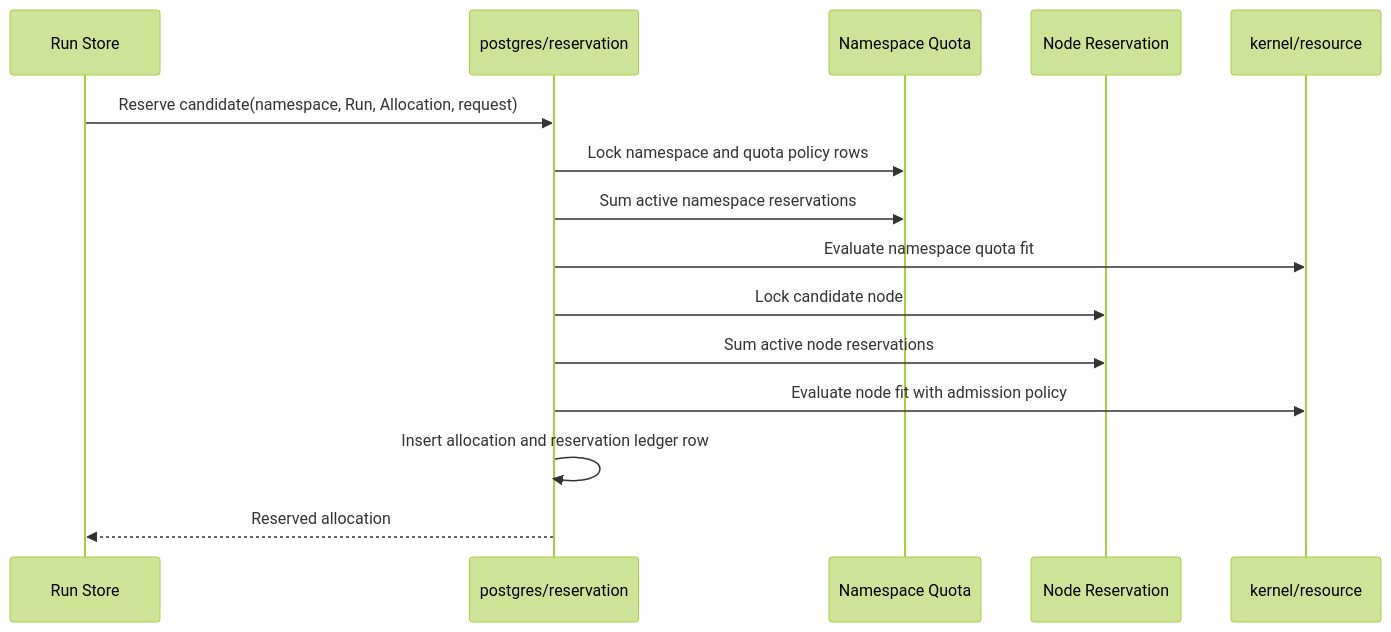
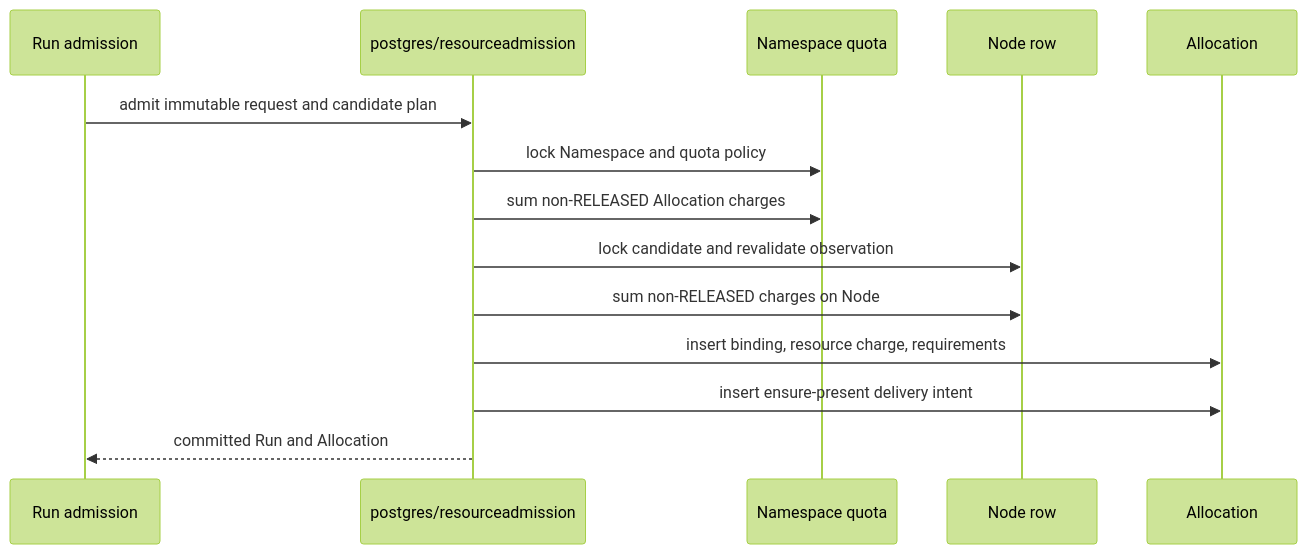
The diagram in control/controld/docs/resource-quota.md (cofy-x/axern), drawn with Mermaid (forest theme) before and after one commit. The commit also changed other lines of this file and 265 other files, not shown here.

Commit message:
refactor: unify allocation lifecycle and resource admission

````diff
--- a/control/controld/docs/resource-quota.md
+++ b/control/controld/docs/resource-quota.md
@@ -50,18 +31,17 @@
 ```mermaid
 sequenceDiagram
-  participant Store as Run Store
-  participant Reservation as postgres/reservation
-  participant Quota as Namespace Quota
-  participant Node as Node Reservation
-  participant Kernel as kernel/resource
+  participant Run as Run admission
+  participant Admission as postgres/resourceadmission
+  participant Quota as Namespace quota
+  participant Node as Node row
+  participant Allocation as Allocation
 
-  Store->>Reservation: Reserve candidate(namespace, Run, Allocation, request)
-  Reservation->>Quota: Lock namespace and quota policy rows
-  Reservation->>Quota: Sum active namespace reservations
-  Reservation->>Kernel: Evaluate namespace quota fit
-  Reservation->>Node: Lock candidate node
-  Reservation->>Node: Sum active node reservations
-  Reservation->>Kernel: Evaluate node fit with admission policy
-  Reservation->>Reservation: Insert allocation and reservation ledger row
-  Reservation-->>Store: Reserved allocation
+  Run->>Admission: admit immutable request and candidate plan
+  Admission->>Quota: lock Namespace and quota policy
+  Admission->>Quota: sum non-RELEASED Allocation charges
+  Admission->>Node: lock candidate and revalidate observation
+  Admission->>Node: sum non-RELEASED charges on Node
+  Admission->>Allocation: insert binding, resource charge, requirements
+  Admission->>Allocation: insert ensure-present delivery intent
+  Admission-->>Run: committed Run and Allocation
 ```
````
